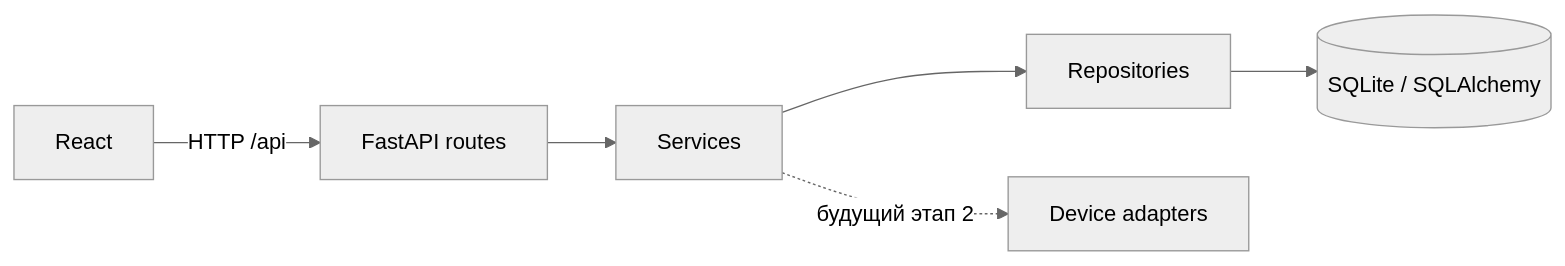
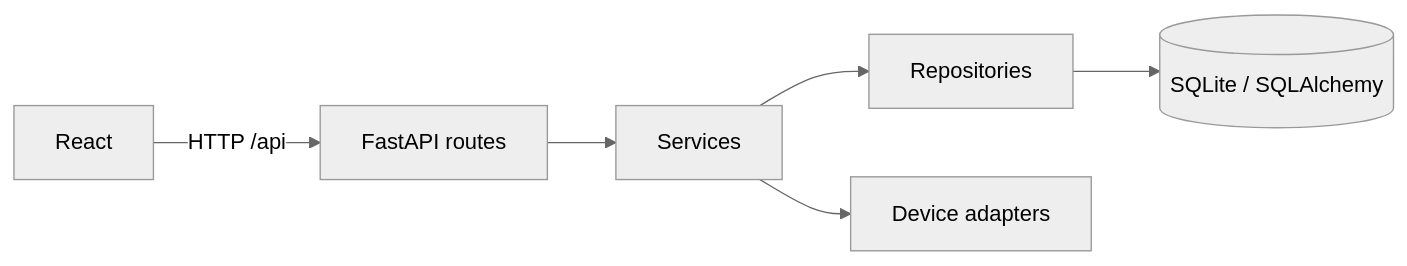
One commit to Brusko12/SmartHome changed the diagram in docs/architecture.md. Above: the diagram before and after it, drawn with Mermaid (neutral theme). The commit also changed other lines of this file and 35 other files, not shown here.

````diff
--- a/docs/architecture.md
+++ b/docs/architecture.md
@@ -7,8 +7,8 @@
 ```mermaid
 flowchart LR
     UI[React] -->|HTTP /api| API[FastAPI routes]
     API --> Services[Services]
     Services --> Repositories[Repositories]
     Repositories --> DB[(SQLite / SQLAlchemy)]
-    Services -. будущий этап 2 .-> Adapters[Device adapters]
+    Services --> Adapters[Device adapters]
 ```
````
